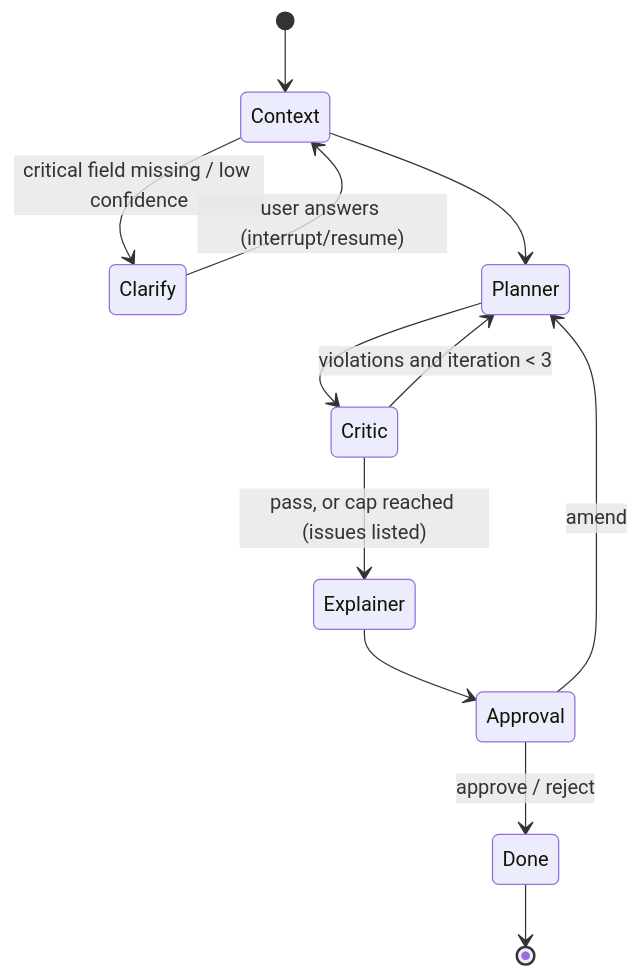
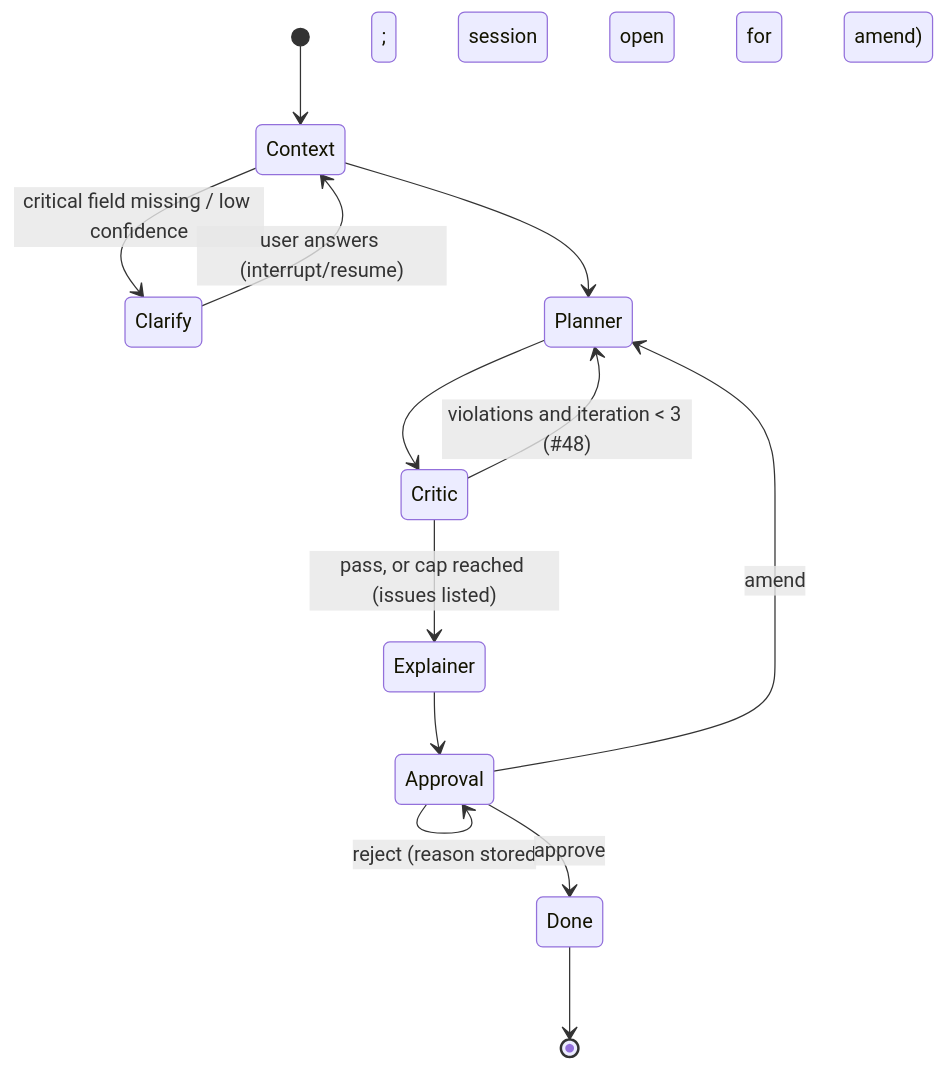
Before and after one commit to asalwania/promopilot: the second of 2 diagrams in SPEC.md, drawn with Mermaid. The commit also changed other lines of this file and 45 other files, not shown here.

````diff
--- a/SPEC.md
+++ b/SPEC.md
@@ -544,14 +544,15 @@
 ```mermaid
 stateDiagram-v2
   [*] --> Context
   Context --> Clarify: critical field missing / low confidence
   Clarify --> Context: user answers (interrupt/resume)
   Context --> Planner
   Planner --> Critic
-  Critic --> Planner: violations and iteration < 3
+  Critic --> Planner: violations and iteration < 3 (#48)
   Critic --> Explainer: pass, or cap reached (issues listed)
   Explainer --> Approval
   Approval --> Planner: amend
-  Approval --> Done: approve / reject
+  Approval --> Approval: reject (reason stored; session open for amend)
+  Approval --> Done: approve
   Done --> [*]
 ```
````
